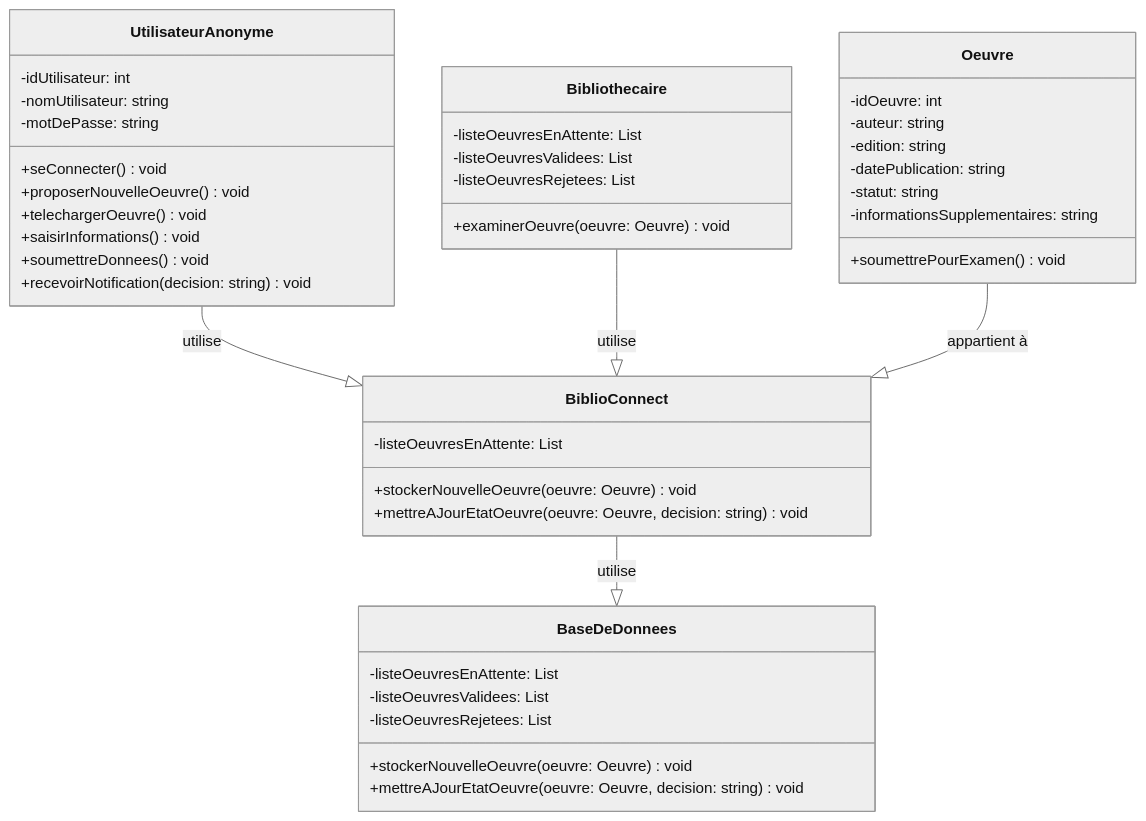
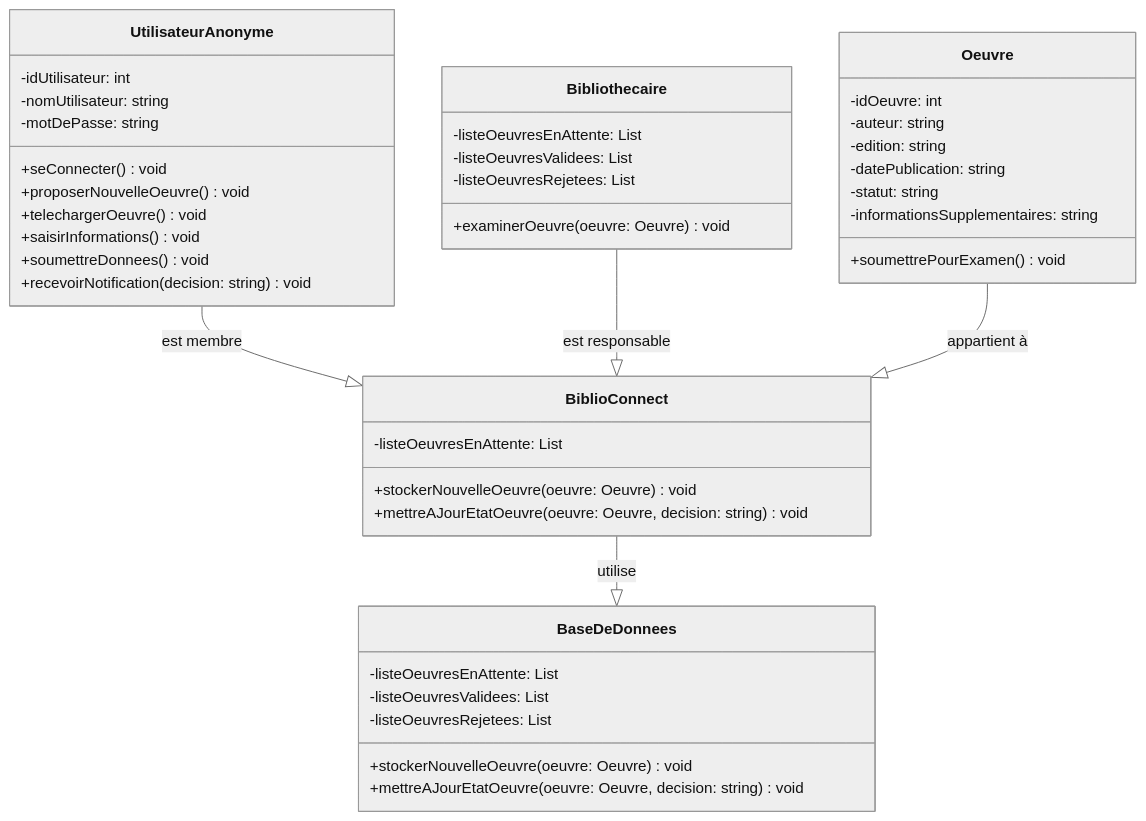
Before and after one commit to nico30so/codemasters: the third of 3 diagrams in Scenarios/S1/S1.md, drawn with Mermaid (neutral theme).

````diff
--- a/Scenarios/S1/S1.md
+++ b/Scenarios/S1/S1.md
@@ -82,51 +82,51 @@
 ```mermaid
 classDiagram
     class UtilisateurAnonyme { 
         -idUtilisateur: int
         -nomUtilisateur: string
         -motDePasse: string
         +seConnecter() void
         +proposerNouvelleOeuvre() void
         +telechargerOeuvre() void
         +saisirInformations() void
         +soumettreDonnees() void
         +recevoirNotification(decision: string) void
     }
 
     class BiblioConnect {
         -listeOeuvresEnAttente: List<Oeuvre>
         +stockerNouvelleOeuvre(oeuvre: Oeuvre) void
         +mettreAJourEtatOeuvre(oeuvre: Oeuvre, decision: string) void
     }
 
     class BaseDeDonnees { 
         -listeOeuvresEnAttente: List<Oeuvre>
         -listeOeuvresValidees: List<Oeuvre>
         -listeOeuvresRejetees: List<Oeuvre>
         +stockerNouvelleOeuvre(oeuvre: Oeuvre) void
         +mettreAJourEtatOeuvre(oeuvre: Oeuvre, decision: string) void
     }
 
     class Bibliothecaire { 
         -listeOeuvresEnAttente: List<Oeuvre>
         -listeOeuvresValidees: List<Oeuvre>
         -listeOeuvresRejetees: List<Oeuvre>
         +examinerOeuvre(oeuvre: Oeuvre) void
     }
 
     class Oeuvre { 
         -idOeuvre: int
         -auteur: string
         -edition: string
         -datePublication: string
         -statut: string
         -informationsSupplementaires: string
         +soumettrePourExamen() void
     }
 
-    UtilisateurAnonyme --|> BiblioConnect: utilise
+    UtilisateurAnonyme --|> BiblioConnect: est membre
     BiblioConnect --|> BaseDeDonnees: utilise
-    Bibliothecaire --|> BiblioConnect: utilise
+    Bibliothecaire --|> BiblioConnect: est responsable
     Oeuvre --|> BiblioConnect: appartient à
 
 ```
````
